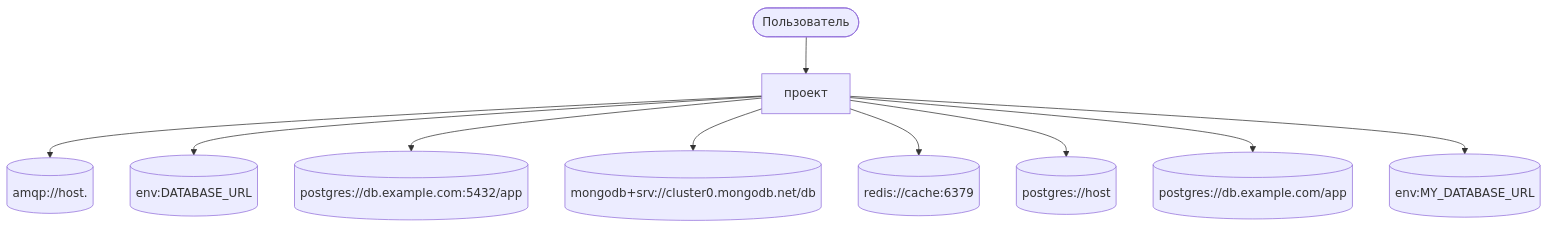
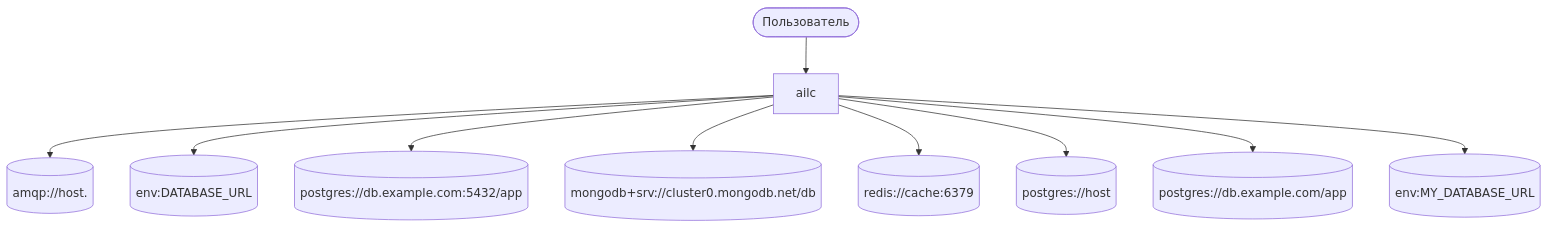
Before and after one commit to pro-deploy/ailc: the first of 3 diagrams in docs/C4.md, drawn with Mermaid. The commit also changed other lines of this file and 11 other files, not shown here.

````diff
--- a/docs/C4.md
+++ b/docs/C4.md
@@ -5,14 +5,14 @@
 ```mermaid
 flowchart TD
   user(["Пользователь"])
-  ______["проект"]
-  user --> ______
-  ______ --> ext0[("amqp://host.")]
-  ______ --> ext1[("env:DATABASE_URL")]
-  ______ --> ext2[("postgres://db.example.com:5432/app\n")]
-  ______ --> ext3[("mongodb+srv://cluster0.mongodb.net/db\n")]
-  ______ --> ext4[("redis://cache:6379\n")]
-  ______ --> ext5[("postgres://host")]
-  ______ --> ext6[("postgres://db.example.com/app\n")]
-  ______ --> ext7[("env:MY_DATABASE_URL")]
+  ailc["ailc"]
+  user --> ailc
+  ailc --> ext0[("amqp://host.")]
+  ailc --> ext1[("env:DATABASE_URL")]
+  ailc --> ext2[("postgres://db.example.com:5432/app\n")]
+  ailc --> ext3[("mongodb+srv://cluster0.mongodb.net/db\n")]
+  ailc --> ext4[("redis://cache:6379\n")]
+  ailc --> ext5[("postgres://host")]
+  ailc --> ext6[("postgres://db.example.com/app\n")]
+  ailc --> ext7[("env:MY_DATABASE_URL")]
 ```
````
